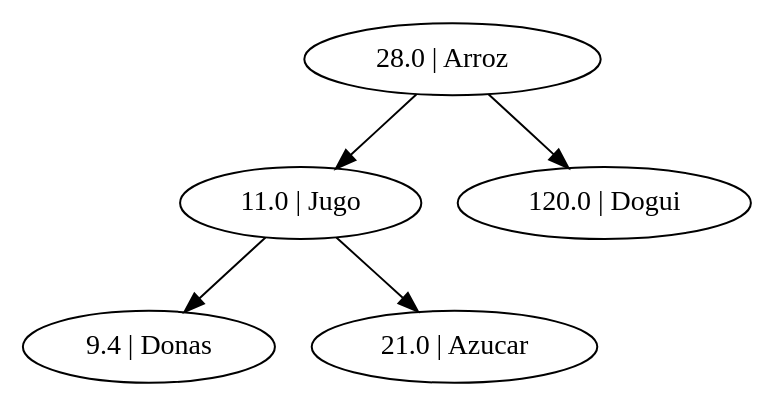
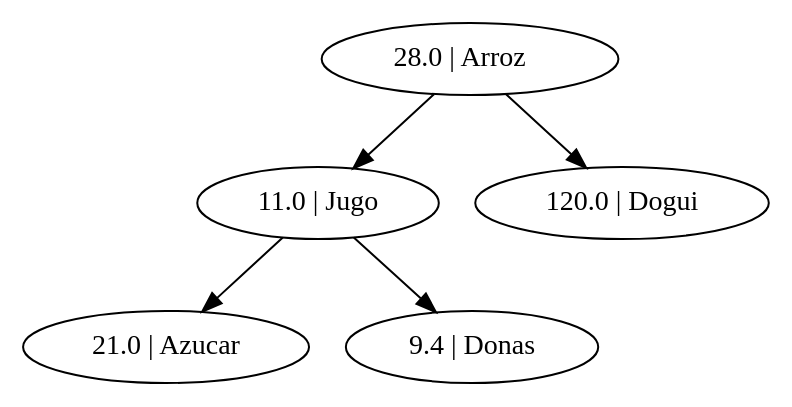
The diagram in Unidad I/PAC III 2019/Proyecto 1/Python/Memoria/test1.dot (BryanBlacks/Algoritmos-y-Estructuras-de-Datos), drawn with Graphviz before and after one commit. The commit also changed other lines of this file and 6 other files, not shown here.

```diff
--- a/Unidad I/PAC III 2019/Proyecto 1/Python/Memoria/test1.dot
+++ b/Unidad I/PAC III 2019/Proyecto 1/Python/Memoria/test1.dot
@@ -1,6 +1,6 @@
 strict digraph  {
+	"11.0 | Jugo" -> "21.0 | Azucar";
+	"11.0 | Jugo" -> "9.4 | Donas";
+	"28.0 | Arroz   " -> "120.0 | Dogui";
 	"28.0 | Arroz   " -> "11.0 | Jugo";
-	"28.0 | Arroz   " -> "120.0 | Dogui";
-	"11.0 | Jugo" -> "9.4 | Donas";
-	"11.0 | Jugo" -> "21.0 | Azucar";
 }
```
